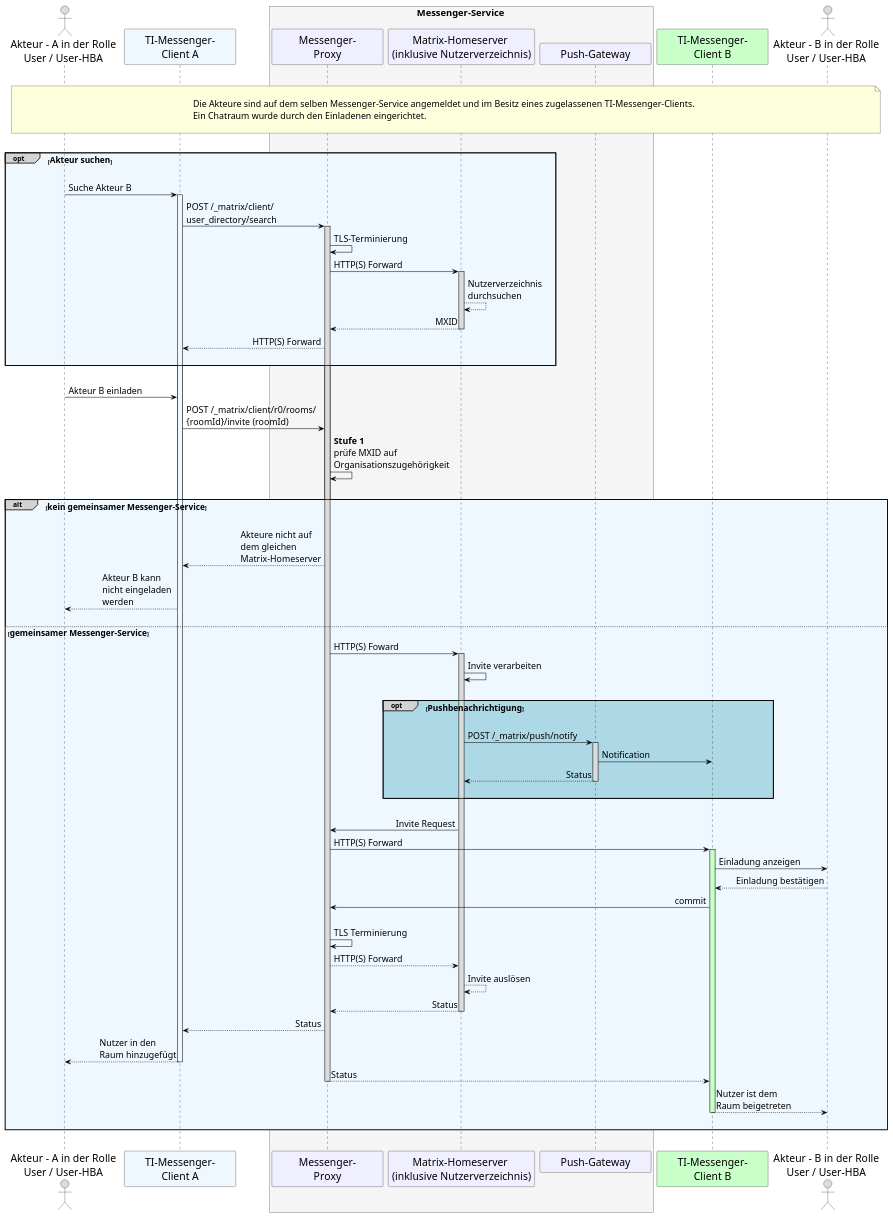
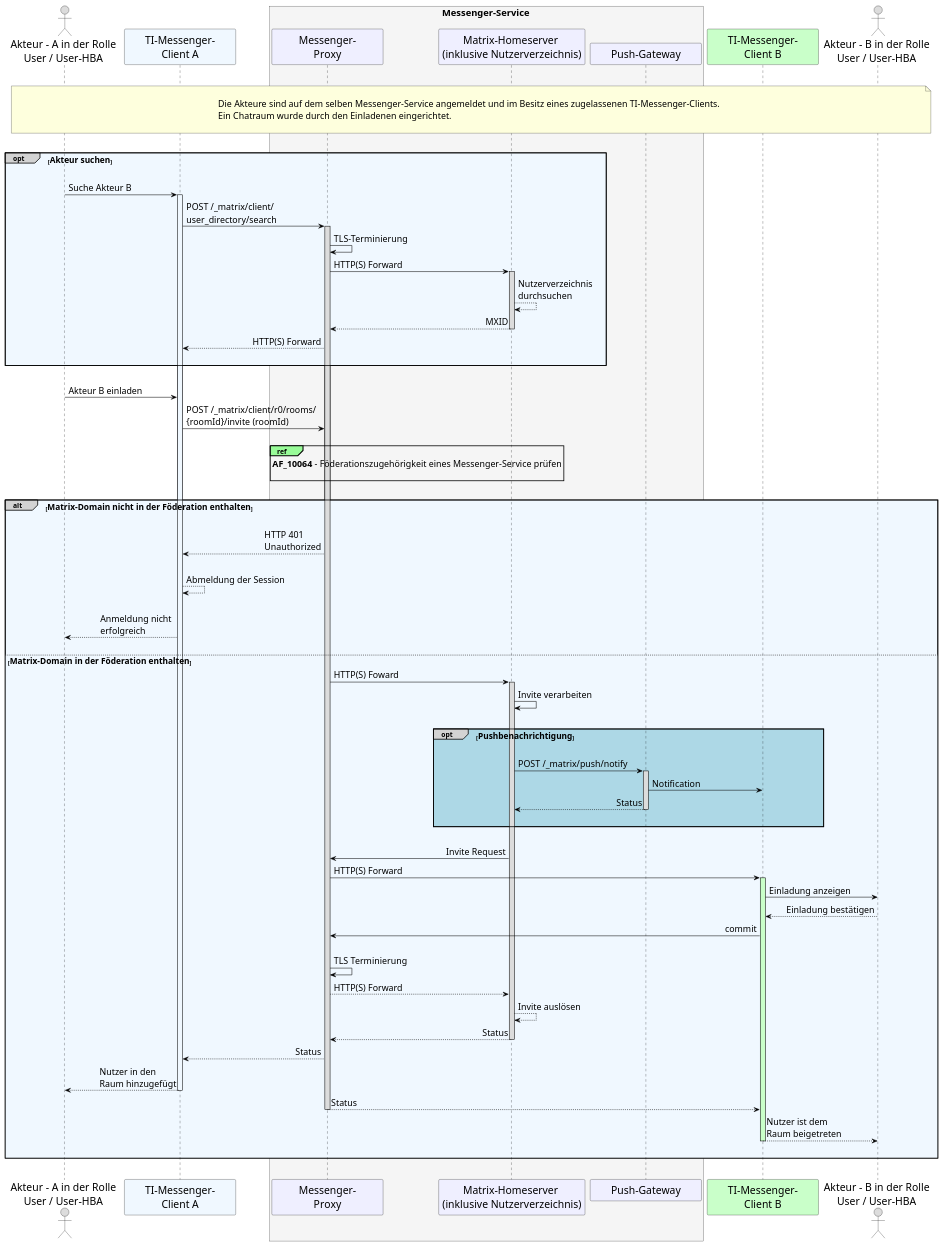
Before and after one commit to gematik/api-ti-messenger: the diagram in src/plantuml/TI-Messenger-Dienst/Ressourcen/UC_10104_Seq.puml, drawn with PlantUML.

```diff
--- a/src/plantuml/TI-Messenger-Dienst/Ressourcen/UC_10104_Seq.puml
+++ b/src/plantuml/TI-Messenger-Dienst/Ressourcen/UC_10104_Seq.puml
@@ -9,109 +9,114 @@
 @startuml
 skinparam sequenceMessageAlign direction
 skinparam minClassWidth 200
 skinparam BoxPadding 1
 skinparam sequenceReferenceHeaderBackgroundColor palegreen
 scale max 2048 width
 
 skinparam sequence {
 ArrowColor black
 ArrowFontSize 17
 ActorBorderColor black
 LifeLineBorderColor black
 LifeLineBackgroundColor Gainsboro
 
 ParticipantBorderColor Motivation
 ParticipantBackgroundColor Motivation
 ParticipantFontName Impact
 ParticipantFontSize 20
 ParticipantFontColor black
 ParticipantBorderColor Black
 ParticipantBackgroundColor MOTIVATION
 
 ActorBackgroundColor Gainsboro
 ActorFontColor black
 ActorFontSize 20
 ActorFontName Aapex
 }
     actor U1 as "Akteur - A in der Rolle\nUser / User-HBA"
     participant C1 as "TI-Messenger-\nClient A" #AliceBlue
     box <size:18>Messenger-Service</size> #WhiteSmoke
       participant MP as "Messenger-\nProxy"
       participant MH as "Matrix-Homeserver \n(inklusive Nutzerverzeichnis)"
       participant PG as "Push-Gateway"
     end box
     participant C2 as "TI-Messenger-\nClient B"#TECHNOLOGY
     actor U2 as "Akteur - B in der Rolle\nUser / User-HBA"
     
 |||
 note over U1, U2: \n<size:17>Die Akteure sind auf dem selben Messenger-Service angemeldet und im Besitz eines zugelassenen TI-Messenger-Clients.\n<size:17>Ein Chatraum wurde durch den Einladenen eingerichtet.</size>\n
 |||
 
     opt#LightGrey #AliceBlue <size:16>Akteur suchen</size>
     |||
     U1->C1: Suche Akteur B
       activate C1 #AliceBlue
     C1->MP: POST /_matrix/client/\nuser_directory/search
       activate MP
     MP->MP: TLS-Terminierung
     MP->MH: HTTP(S) Forward
       activate MH
     MH-->MH: Nutzerverzeichnis \ndurchsuchen
     MH-->MP: MXID
       deactivate MH
     MP-->C1: HTTP(S) Forward
     |||
     end
     
     |||
     U1->C1: Akteur B einladen
     C1->MP: POST /_matrix/client/r0/rooms/\n{roomId}/invite (roomId)
-    MP->MP: **Stufe 1** \nprüfe MXID auf \nOrganisationszugehörigkeit
+    
+    |||
+      ref over MP, MP: <size:17>**AF_10064** - Föderationszugehörigkeit eines Messenger-Service prüfen</size>\n 
     |||
     
-    alt#LightGrey #AliceBlue <size:16>kein gemeinsamer Messenger-Service</size>
+    alt#LightGrey #AliceBlue <size:16>Matrix-Domain nicht in der Föderation enthalten</size>
       |||
-      MP-->C1: Akteure nicht auf \ndem gleichen \nMatrix-Homeserver
-      C1-->U1: Akteur B kann \nnicht eingeladen \nwerden
+      MP-->C1: HTTP 401 \nUnauthorized
+      |||
+      C1-->C1: Abmeldung der Session
+      |||
+      C1-->U1: Anmeldung nicht \nerfolgreich
       |||
     
-      else <size:16>gemeinsamer Messenger-Service</size>
+      else <size:16>Matrix-Domain in der Föderation enthalten</size>
     
       MP->MH: HTTP(S) Foward
         activate MH
       MH->MH: Invite verarbeiten
       |||
         opt#LightGrey #LightBlue <size:16>Pushbenachrichtigung</size>
           |||
           MH->PG: POST /_matrix/push/notify
             activate PG
           PG->C2: Notification
           PG-->MH: Status
             deactivate PG
         |||
         end
         |||
           MH->MP: Invite Request
           MP->C2: HTTP(S) Forward
             activate C2 #TECHNOLOGY
           C2->U2: Einladung anzeigen
           U2-->C2: Einladung bestätigen
           C2->MP: commit
           |||
           MP->MP: TLS Terminierung
           MP-->MH: HTTP(S) Forward
           MH-->MH: Invite auslösen
           MH-->MP: Status
             deactivate MH
           MP-->C1: Status
           C1-->U1: Nutzer in den \nRaum hinzugefügt
             deactivate C1
           MP-->C2: Status
             deactivate MP
           C2-->U2: Nutzer ist dem \nRaum beigetreten
             deactivate C2
 
         |||
         end
  |||
 @enduml
```
